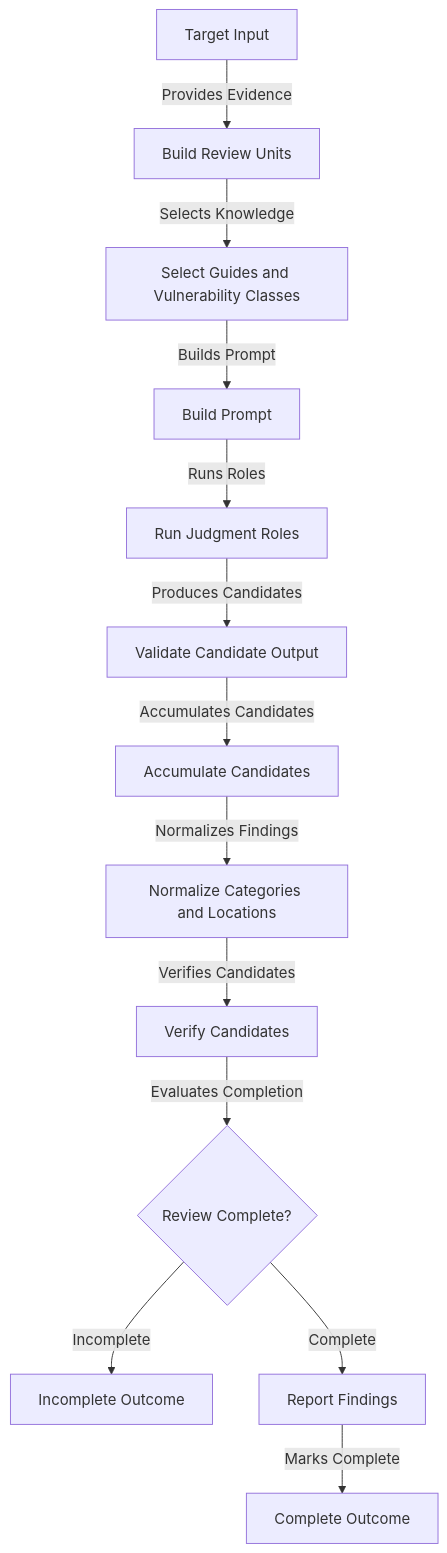
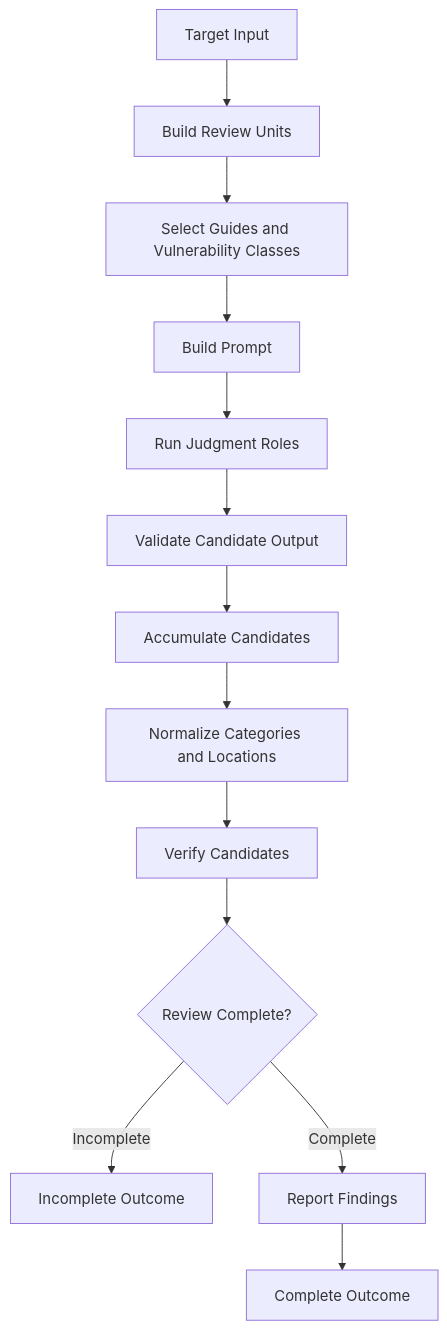
Before and after one commit to eth4nr00t/cyberjury: the first of 3 diagrams in docs/engine-design.md, drawn with Mermaid. The commit also changed other lines of this file and 1 other file, not shown here.

Commit message:
docs: clarify Mermaid flow labels

````diff
--- a/docs/engine-design.md
+++ b/docs/engine-design.md
@@ -80,15 +80,15 @@
 ```mermaid
 flowchart TD
-    A[Target Input] -- Provides Evidence --> B[Build Review Units]
-    B -- Selects Knowledge --> C[Select Guides and Vulnerability Classes]
-    C -- Builds Prompt --> D[Build Prompt]
-    D -- Runs Roles --> E[Run Judgment Roles]
-    E -- Produces Candidates --> F[Validate Candidate Output]
-    F -- Accumulates Candidates --> G[Accumulate Candidates]
-    G -- Normalizes Findings --> H[Normalize Categories and Locations]
-    H -- Verifies Candidates --> I[Verify Candidates]
-    I -- Evaluates Completion --> J{Review Complete?}
+    A[Target Input] --> B[Build Review Units]
+    B --> C[Select Guides and Vulnerability Classes]
+    C --> D[Build Prompt]
+    D --> E[Run Judgment Roles]
+    E --> F[Validate Candidate Output]
+    F --> G[Accumulate Candidates]
+    G --> H[Normalize Categories and Locations]
+    H --> I[Verify Candidates]
+    I --> J{Review Complete?}
     J -- Incomplete --> K[Incomplete Outcome]
     J -- Complete --> L[Report Findings]
-    L -- Marks Complete --> M[Complete Outcome]
+    L --> M[Complete Outcome]
 ```
````
